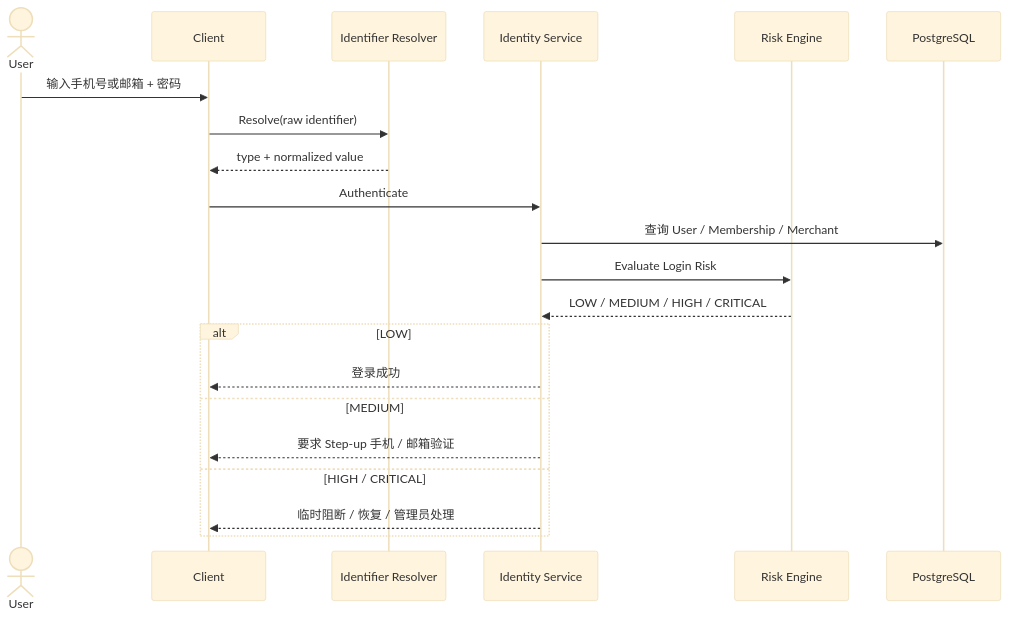
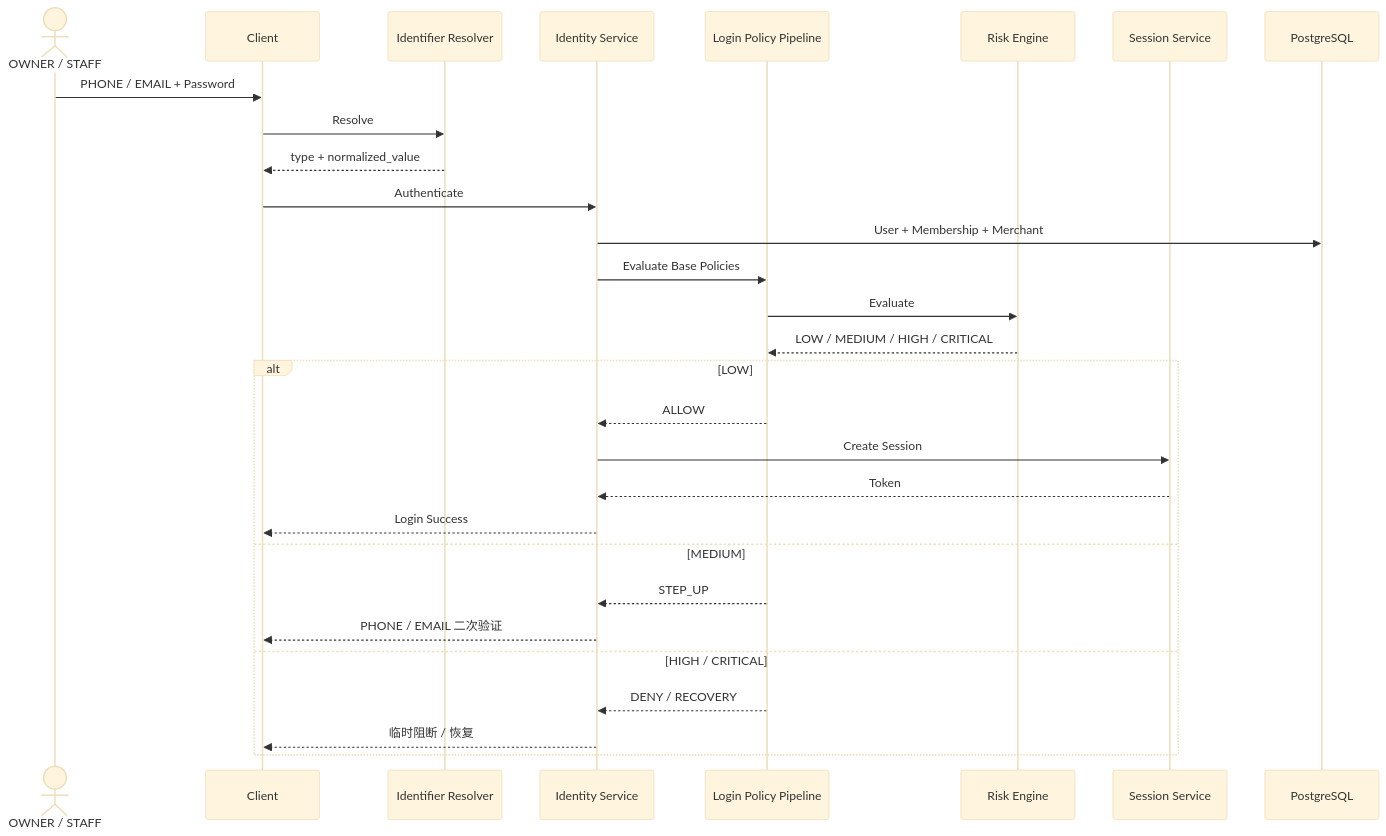
The first of 6 diagrams in docs/system-design/01-账户与身份/02-登录与会话.md (sxyq/mastergoods), drawn with Mermaid (base theme) before and after one commit. The commit also changed other lines of this file and 4 other files, not shown here.

````diff
--- a/docs/system-design/01-账户与身份/02-登录与会话.md
+++ b/docs/system-design/01-账户与身份/02-登录与会话.md
@@ -16,25 +20,34 @@
 ```mermaid
 sequenceDiagram
-    actor U as User
+    actor U as OWNER / STAFF
     participant C as Client
     participant RES as Identifier Resolver
     participant IAM as Identity Service
+    participant POLICY as Login Policy Pipeline
     participant RISK as Risk Engine
+    participant SESSION as Session Service
     participant DB as PostgreSQL
 
-    U->>C: 输入手机号或邮箱 + 密码
-    C->>RES: Resolve(raw identifier)
-    RES-->>C: type + normalized value
+    U->>C: PHONE / EMAIL + Password
+    C->>RES: Resolve
+    RES-->>C: type + normalized_value
+
     C->>IAM: Authenticate
-    IAM->>DB: 查询 User / Membership / Merchant
-    IAM->>RISK: Evaluate Login Risk
-    RISK-->>IAM: LOW / MEDIUM / HIGH / CRITICAL
+    IAM->>DB: User + Membership + Merchant
+    IAM->>POLICY: Evaluate Base Policies
+    POLICY->>RISK: Evaluate
+    RISK-->>POLICY: LOW / MEDIUM / HIGH / CRITICAL
 
     alt LOW
-        IAM-->>C: 登录成功
+        POLICY-->>IAM: ALLOW
+        IAM->>SESSION: Create Session
+        SESSION-->>IAM: Token
+        IAM-->>C: Login Success
     else MEDIUM
-        IAM-->>C: 要求 Step-up 手机 / 邮箱验证
+        POLICY-->>IAM: STEP_UP
+        IAM-->>C: PHONE / EMAIL 二次验证
     else HIGH / CRITICAL
-        IAM-->>C: 临时阻断 / 恢复 / 管理员处理
+        POLICY-->>IAM: DENY / RECOVERY
+        IAM-->>C: 临时阻断 / 恢复
     end
 ```
````
